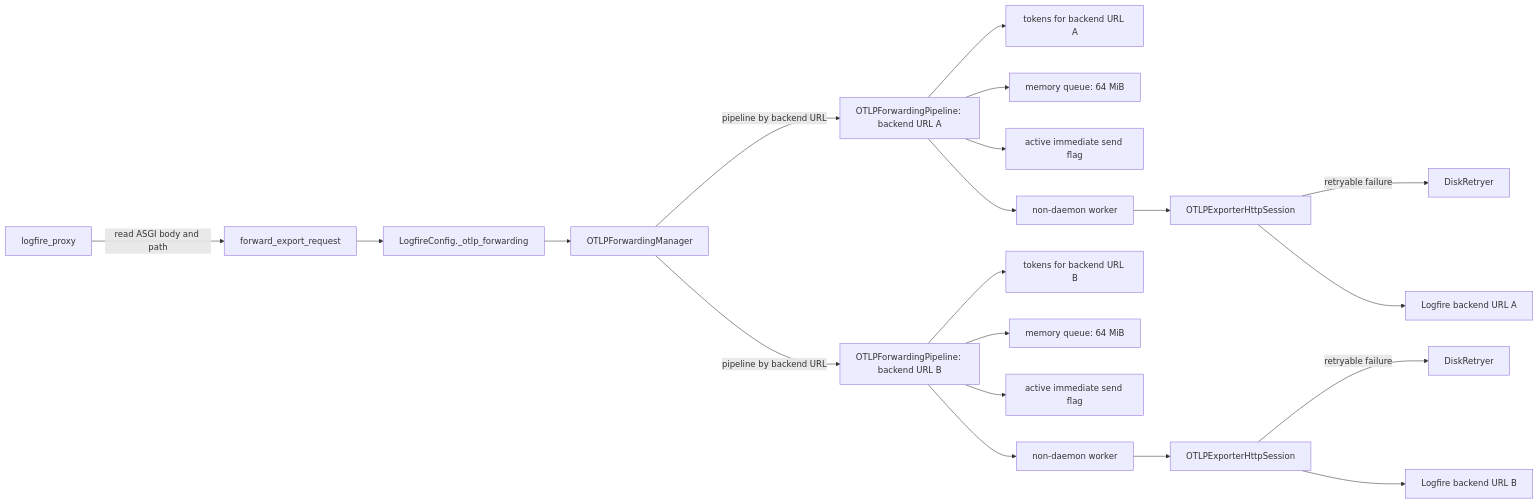
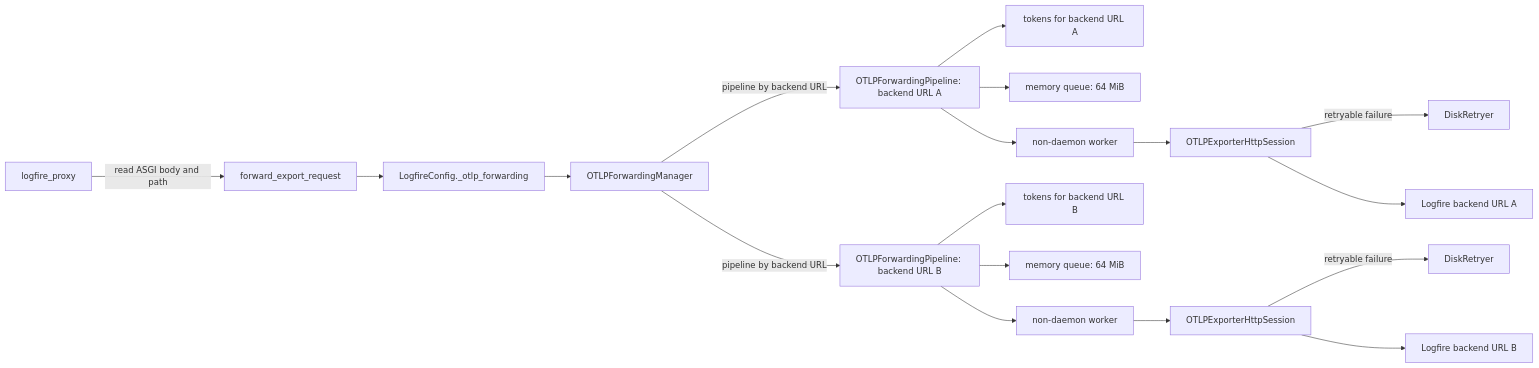
One commit to pydantic/logfire changed the first of 5 diagrams in specs/browser-telemetry-forwarding-first-pass/diagrams.md. Above: the diagram before and after it, drawn with Mermaid. The commit also changed other lines of this file and 3 other files, not shown here.

````diff
--- a/specs/browser-telemetry-forwarding-first-pass/diagrams.md
+++ b/specs/browser-telemetry-forwarding-first-pass/diagrams.md
@@ -8,22 +8,20 @@
 ```mermaid
 flowchart LR
     Proxy["logfire_proxy"] -->|"read ASGI body and path"| Helper["forward_export_request"]
     Helper --> Config["LogfireConfig._otlp_forwarding"]
     Config --> Manager["OTLPForwardingManager"]
     Manager -->|"pipeline by backend URL"| PipelineA["OTLPForwardingPipeline: backend URL A"]
     Manager -->|"pipeline by backend URL"| PipelineB["OTLPForwardingPipeline: backend URL B"]
     PipelineA --> TokensA["tokens for backend URL A"]
     PipelineB --> TokensB["tokens for backend URL B"]
     PipelineA --> QueueA["memory queue: 64 MiB"]
     PipelineB --> QueueB["memory queue: 64 MiB"]
-    PipelineA --> ActiveA["active immediate send flag"]
-    PipelineB --> ActiveB["active immediate send flag"]
     PipelineA --> WorkerA["non-daemon worker"]
     PipelineB --> WorkerB["non-daemon worker"]
     WorkerA --> SessionA["OTLPExporterHttpSession"]
     WorkerB --> SessionB["OTLPExporterHttpSession"]
     SessionA -->|"retryable failure"| RetryA["DiskRetryer"]
     SessionB -->|"retryable failure"| RetryB["DiskRetryer"]
     SessionA --> LogfireA["Logfire backend URL A"]
     SessionB --> LogfireB["Logfire backend URL B"]
 ```
````
